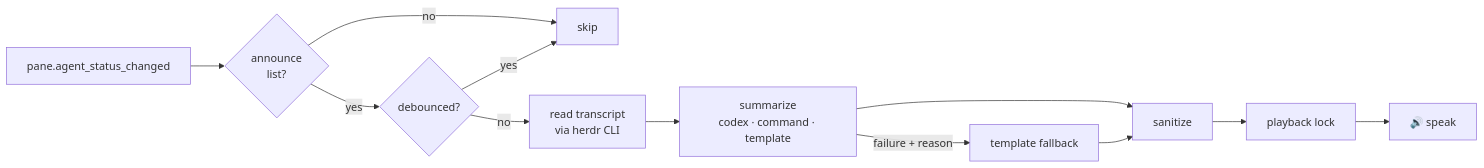
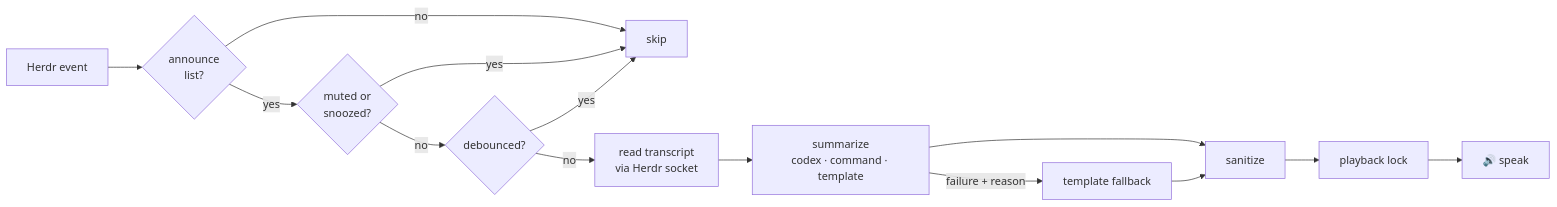
Before and after one commit to nhclink16/herdr-announcer: the diagram in README.md, drawn with Mermaid. The commit also changed other lines of this file and 117 other files, not shown here.

````diff
--- a/README.md
+++ b/README.md
@@ -110,13 +146,15 @@
 ```mermaid
 flowchart LR
-    E["pane.agent_status_changed"] --> F{"announce<br/>list?"}
+    E["Herdr event"] --> F{"announce<br/>list?"}
     F -- no --> X["skip"]
-    F -- yes --> D{"debounced?"}
+    F -- yes --> M{"muted or<br/>snoozed?"}
+    M -- yes --> X
+    M -- no --> D{"debounced?"}
     D -- yes --> X
-    D -- no --> T["read transcript<br/>via herdr CLI"]
+    D -- no --> T["read transcript<br/>via Herdr socket"]
     T --> S["summarize<br/>codex · command · template"]
     S -- failure + reason --> B["template fallback"]
     S --> Z["sanitize"]
     B --> Z
     Z --> L["playback lock"] --> V["🔊 speak"]
 ```
````
